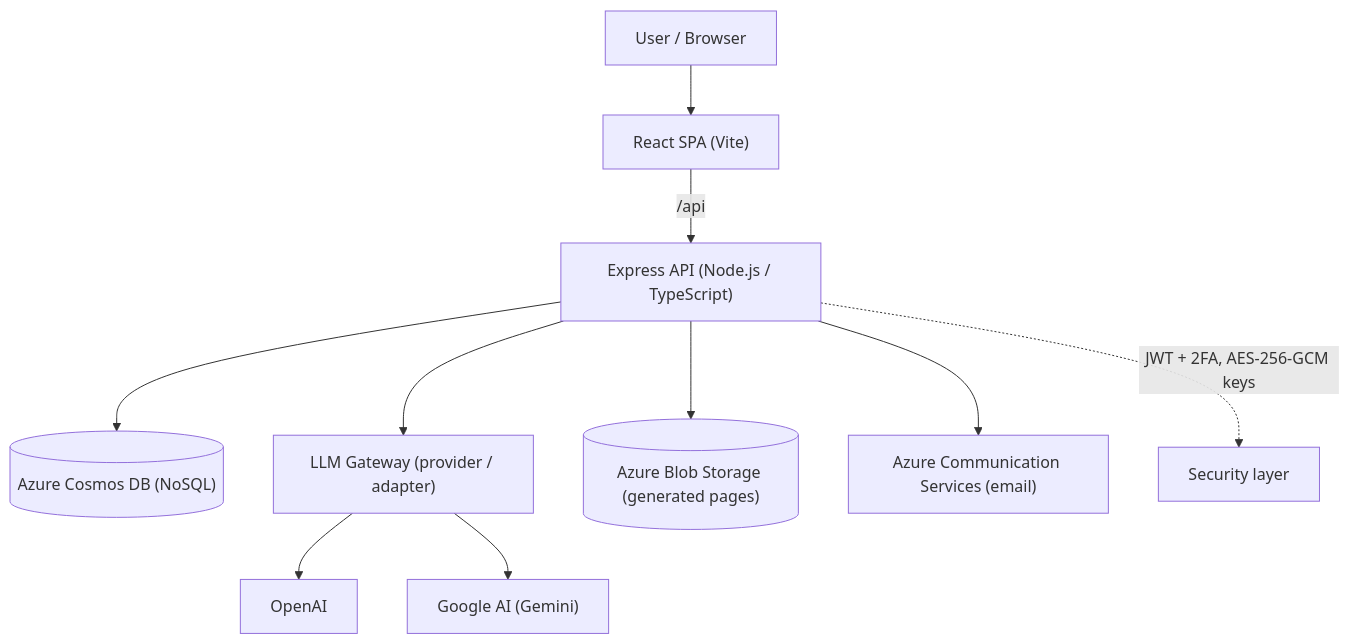
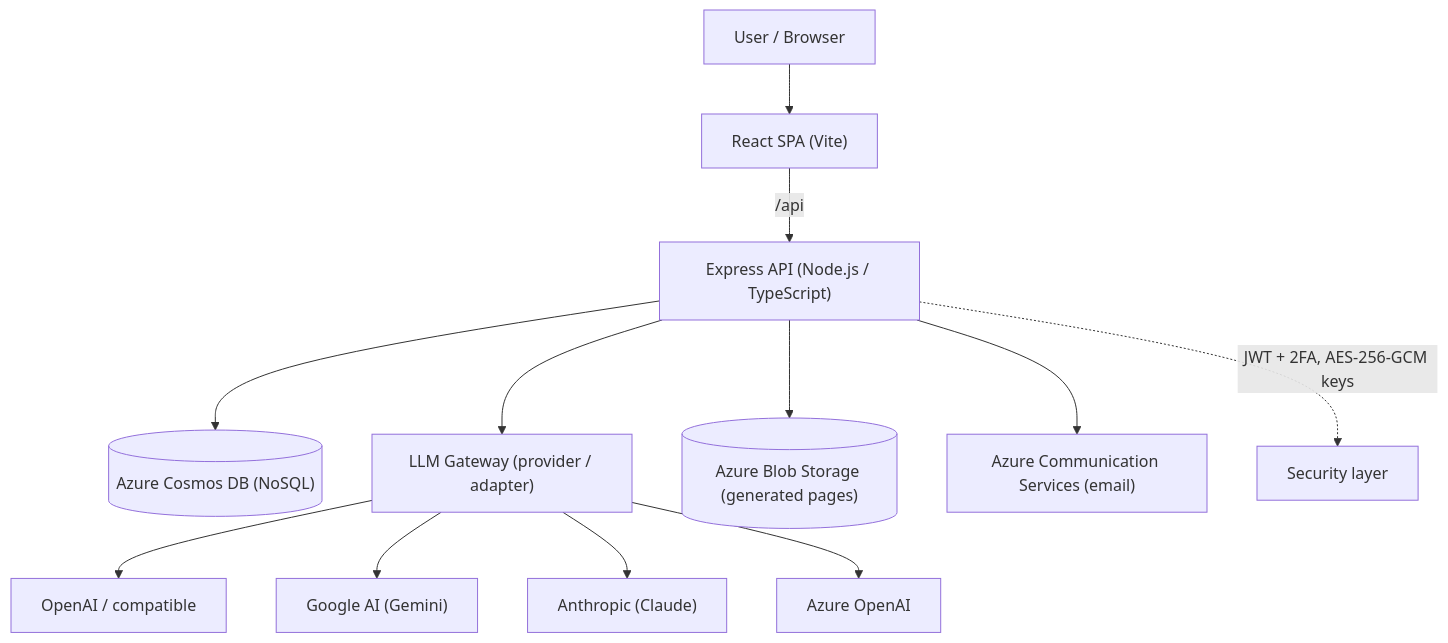
Before and after one commit to skajake1983/xpia-tools-oss: the diagram in README.md, drawn with Mermaid. The commit also changed other lines of this file and 1 other file, not shown here.

First line of the commit message:
docs: reflect Anthropic and Azure OpenAI providers in README and CLI docs

````diff
--- a/README.md
+++ b/README.md
@@ -266,12 +266,14 @@
 ```mermaid
 flowchart TD
     U["User / Browser"] --> SPA["React SPA (Vite)"]
     SPA -->|"/api"| API["Express API (Node.js / TypeScript)"]
     API --> DB[("Azure Cosmos DB (NoSQL)")]
     API --> GW["LLM Gateway (provider / adapter)"]
-    GW --> OAI["OpenAI"]
+    GW --> OAI["OpenAI / compatible"]
     GW --> GEM["Google AI (Gemini)"]
+    GW --> ANT["Anthropic (Claude)"]
+    GW --> AZ["Azure OpenAI"]
     API --> BLOB[("Azure Blob Storage (generated pages)")]
     API --> ACS["Azure Communication Services (email)"]
     API -.->|"JWT + 2FA, AES-256-GCM keys"| SEC["Security layer"]
 ```
````
